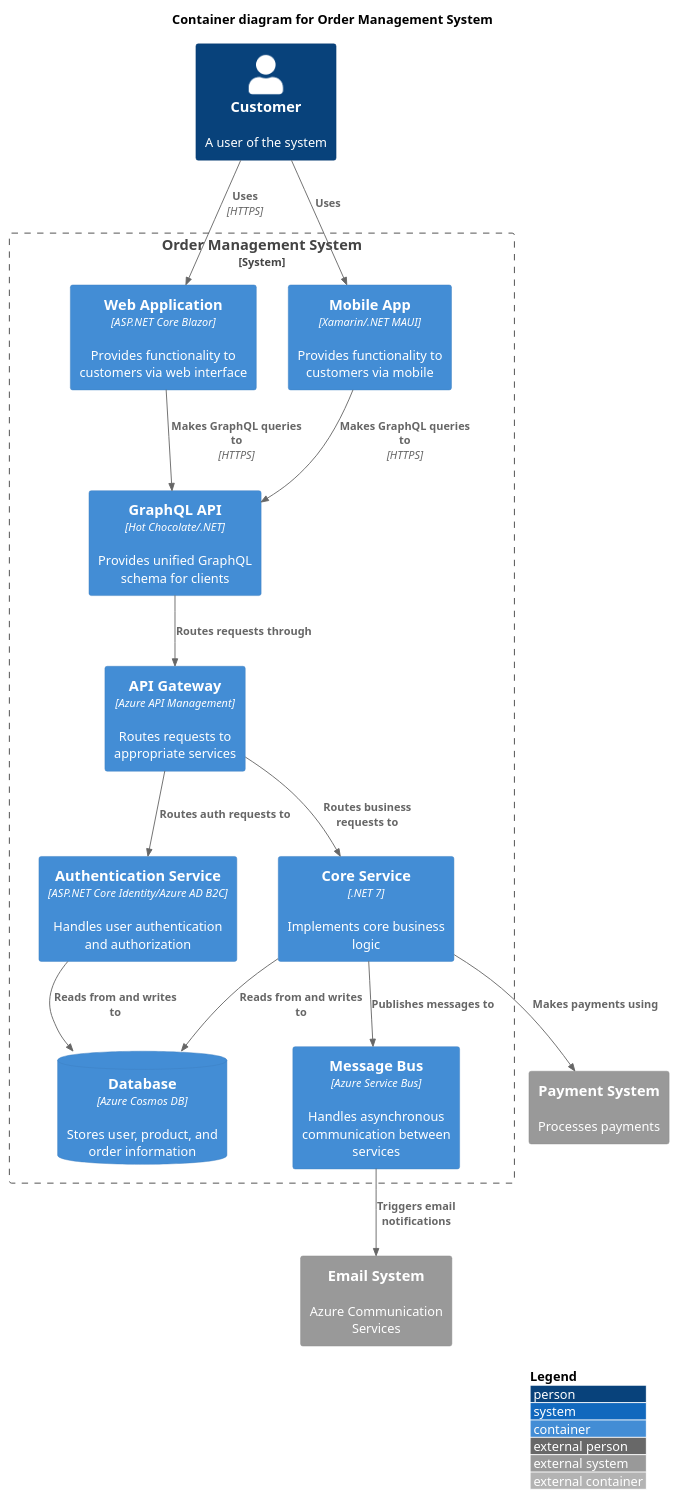
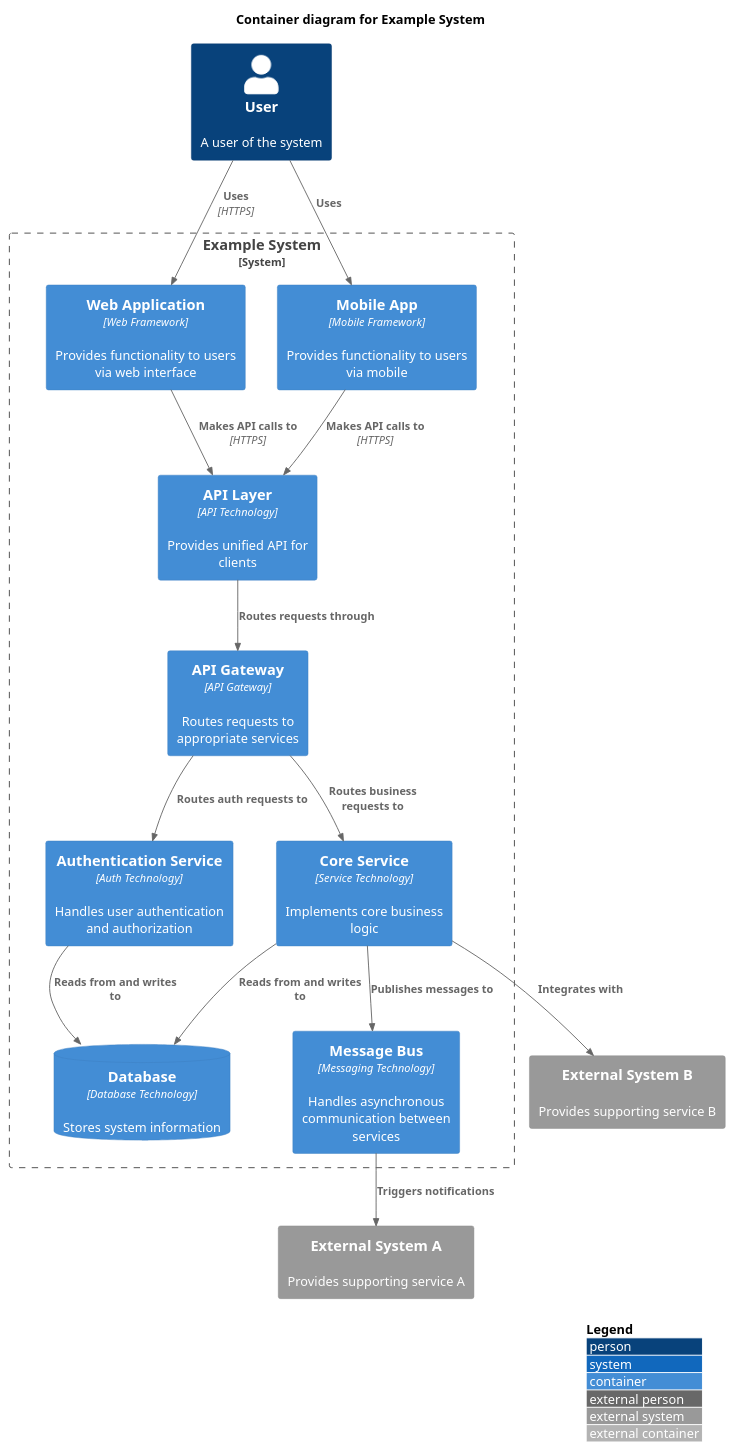
Before and after one commit to sjefvanleeuwen/architecture: the diagram in diagrams/c4_container.puml, drawn with PlantUML. The commit also changed 17 other files, not shown here.

```diff
--- a/diagrams/c4_container.puml
+++ b/diagrams/c4_container.puml
@@ -1,36 +1,36 @@
 @startuml C4_Container
 !include https://raw.githubusercontent.com/plantuml-stdlib/C4-PlantUML/master/C4_Container.puml
 
 LAYOUT_WITH_LEGEND()
 
-title Container diagram for Order Management System
+title Container diagram for Example System
 
-Person(customer, "Customer", "A user of the system")
-System_Ext(emailSystem, "Email System", "Azure Communication Services")
-System_Ext(paymentSystem, "Payment System", "Processes payments")
+Person(user, "User", "A user of the system")
+System_Ext(externalSystem1, "External System A", "Provides supporting service A")
+System_Ext(externalSystem2, "External System B", "Provides supporting service B")
 
-System_Boundary(systemBoundary, "Order Management System") {
-    Container(webApp, "Web Application", "ASP.NET Core Blazor", "Provides functionality to customers via web interface")
-    Container(mobileApp, "Mobile App", "Xamarin/.NET MAUI", "Provides functionality to customers via mobile")
-    Container(apiGateway, "API Gateway", "Azure API Management", "Routes requests to appropriate services")
-    Container(graphqlApi, "GraphQL API", "Hot Chocolate/.NET", "Provides unified GraphQL schema for clients")
-    Container(authService, "Authentication Service", "ASP.NET Core Identity/Azure AD B2C", "Handles user authentication and authorization")
-    Container(coreService, "Core Service", ".NET 7", "Implements core business logic")
-    ContainerDb(database, "Database", "Azure Cosmos DB", "Stores user, product, and order information")
-    Container(messaging, "Message Bus", "Azure Service Bus", "Handles asynchronous communication between services")
+System_Boundary(systemBoundary, "Example System") {
+    Container(webApp, "Web Application", "Web Framework", "Provides functionality to users via web interface")
+    Container(mobileApp, "Mobile App", "Mobile Framework", "Provides functionality to users via mobile")
+    Container(apiGateway, "API Gateway", "API Gateway", "Routes requests to appropriate services")
+    Container(apiLayer, "API Layer", "API Technology", "Provides unified API for clients")
+    Container(authService, "Authentication Service", "Auth Technology", "Handles user authentication and authorization")
+    Container(coreService, "Core Service", "Service Technology", "Implements core business logic")
+    ContainerDb(database, "Database", "Database Technology", "Stores system information")
+    Container(messaging, "Message Bus", "Messaging Technology", "Handles asynchronous communication between services")
 }
 
-Rel(customer, webApp, "Uses", "HTTPS")
-Rel(customer, mobileApp, "Uses")
-Rel(webApp, graphqlApi, "Makes GraphQL queries to", "HTTPS")
-Rel(mobileApp, graphqlApi, "Makes GraphQL queries to", "HTTPS")
-Rel(graphqlApi, apiGateway, "Routes requests through")
+Rel(user, webApp, "Uses", "HTTPS")
+Rel(user, mobileApp, "Uses")
+Rel(webApp, apiLayer, "Makes API calls to", "HTTPS")
+Rel(mobileApp, apiLayer, "Makes API calls to", "HTTPS")
+Rel(apiLayer, apiGateway, "Routes requests through")
 Rel(apiGateway, authService, "Routes auth requests to")
 Rel(apiGateway, coreService, "Routes business requests to")
 Rel(authService, database, "Reads from and writes to")
 Rel(coreService, database, "Reads from and writes to")
 Rel(coreService, messaging, "Publishes messages to")
-Rel(messaging, emailSystem, "Triggers email notifications")
-Rel(coreService, paymentSystem, "Makes payments using")
+Rel(messaging, externalSystem1, "Triggers notifications")
+Rel(coreService, externalSystem2, "Integrates with")
 
 @enduml
```
